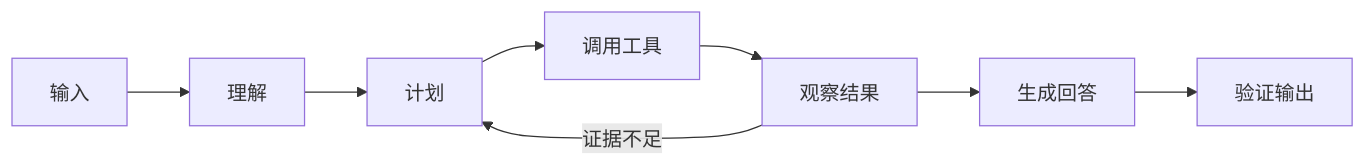
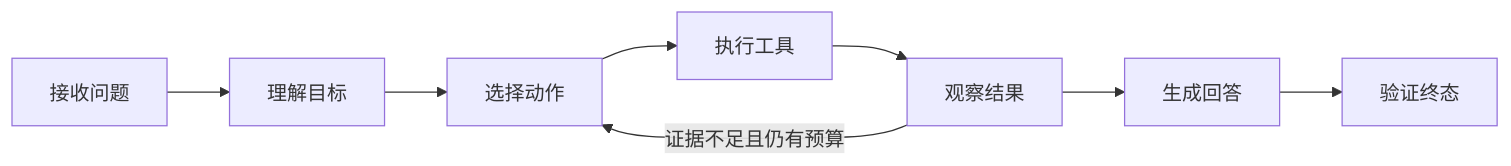
One commit to upJiang/jiang-blog-vitepress changed the diagram in docs/ai-agent/agent-lifecycle.md. Above: the diagram before and after it, drawn with Mermaid. The commit also changed other lines of this file and 209 other files, not shown here.

````diff
--- a/docs/ai-agent/agent-lifecycle.md
+++ b/docs/ai-agent/agent-lifecycle.md
@@ -25,10 +41,10 @@
 ```mermaid
 flowchart LR
-  A[输入] --> B[理解]
-  B --> C[计划]
-  C --> D[调用工具]
+  A[接收问题] --> B[理解目标]
+  B --> C[选择动作]
+  C --> D[执行工具]
   D --> E[观察结果]
   E --> F[生成回答]
-  F --> G[验证输出]
-  E -->|证据不足| C
+  F --> G[验证终态]
+  E -->|证据不足且仍有预算| C
 ```
````
